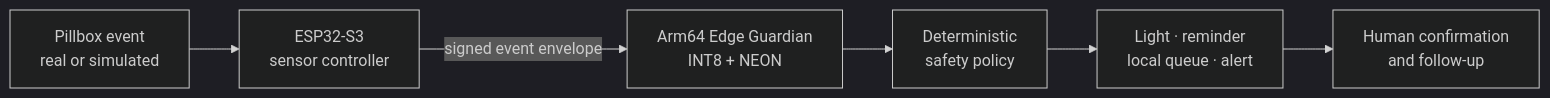
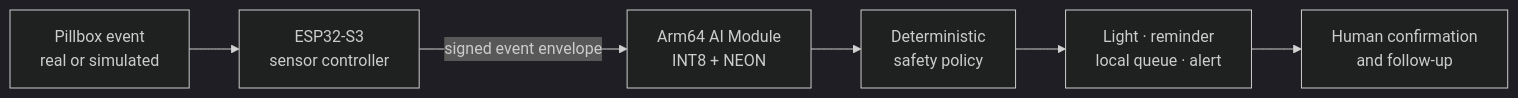
The first of 2 diagrams in README.md (stephenovo/Smart-Pillbox-AI-Arm-Physical-AI), drawn with Mermaid (dark theme) before and after one commit. The commit also changed other lines of this file and 21 other files, not shown here.

````diff
--- a/README.md
+++ b/README.md
@@ -62,8 +62,8 @@
 ```mermaid
 flowchart LR
     A["Pillbox event\nreal or simulated"] --> B["ESP32-S3\nsensor controller"]
-    B -->|"signed event envelope"| C["Arm64 Edge Guardian\nINT8 + NEON"]
+    B -->|"signed event envelope"| C["Arm64 AI Module\nINT8 + NEON"]
     C --> D["Deterministic\nsafety policy"]
     D --> E["Light · reminder\nlocal queue · alert"]
     E --> F["Human confirmation\nand follow-up"]
 ```
````
